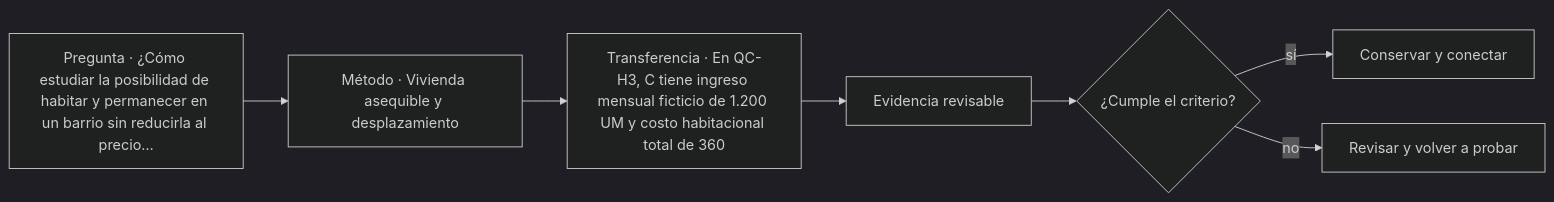
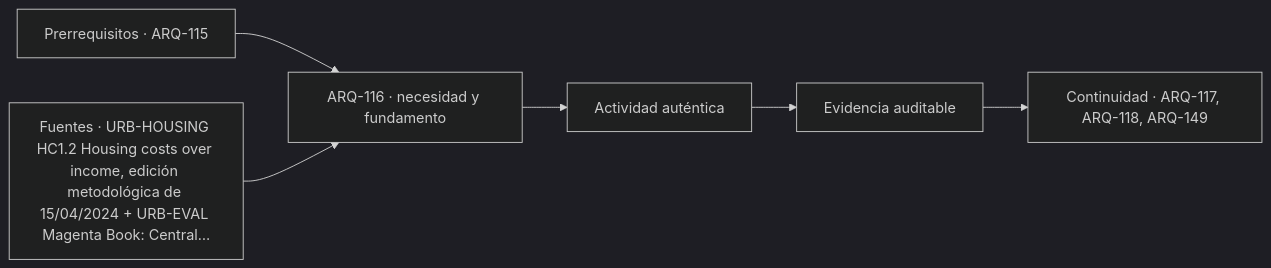
Before and after one commit to vladimiracunadev-create/architecture-built-environment-learning-program: the diagram in classes/parte-12/ARQ-116.md, drawn with Mermaid (dark theme). The commit also changed other lines of this file and 761 other files, not shown here.

````diff
--- a/classes/parte-12/ARQ-116.md
+++ b/classes/parte-12/ARQ-116.md
@@ -104,9 +116,8 @@
 ```mermaid
 flowchart LR
-    Q["Pregunta · ¿Cómo estudiar la posibilidad de habitar y permanecer en un barrio sin reducirla al precio…"] --> M["Método · Vivienda asequible y desplazamiento"]
-    M --> P["Transferencia · En QC-H3, C tiene ingreso mensual ficticio de 1.200 UM y costo habitacional total de 360"]
-    P --> E["Evidencia revisable"]
-    E --> C{"¿Cumple el criterio?"}
-    C -->|sí| T["Conservar y conectar"]
-    C -->|no| R["Revisar y volver a probar"]
+    A["Prerrequisitos · ARQ-115"] --> B["ARQ-116 · necesidad y fundamento"]
+    S["Fuentes · URB-HOUSING HC1.2 Housing costs over income, edición metodológica de 15/04/2024 + URB-EVAL Magenta Book: Central…"] --> B
+    B --> C["Actividad auténtica"]
+    C --> D["Evidencia auditable"]
+    D --> E["Continuidad · ARQ-117, ARQ-118, ARQ-149"]
 ```
````
